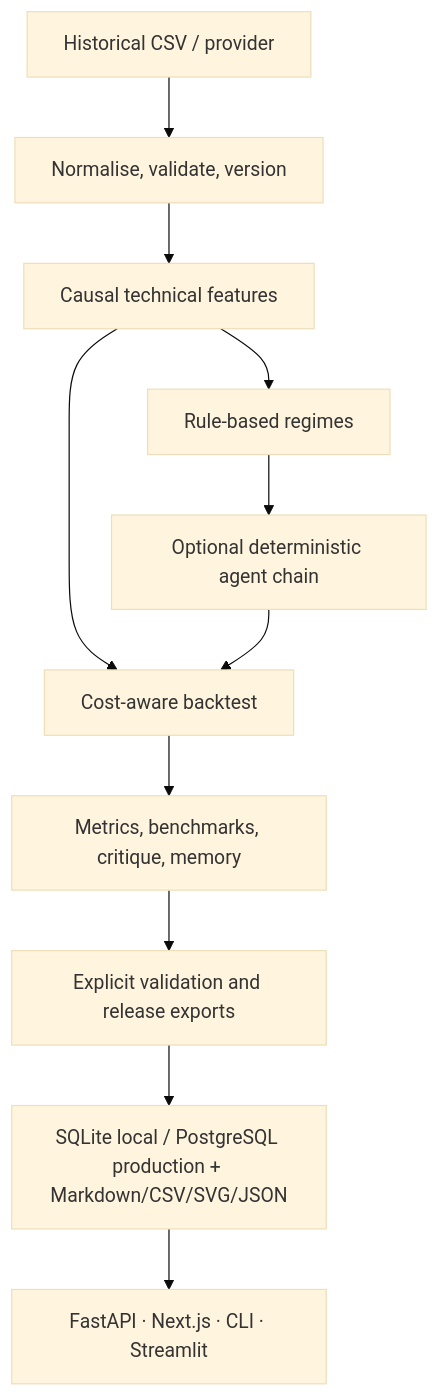
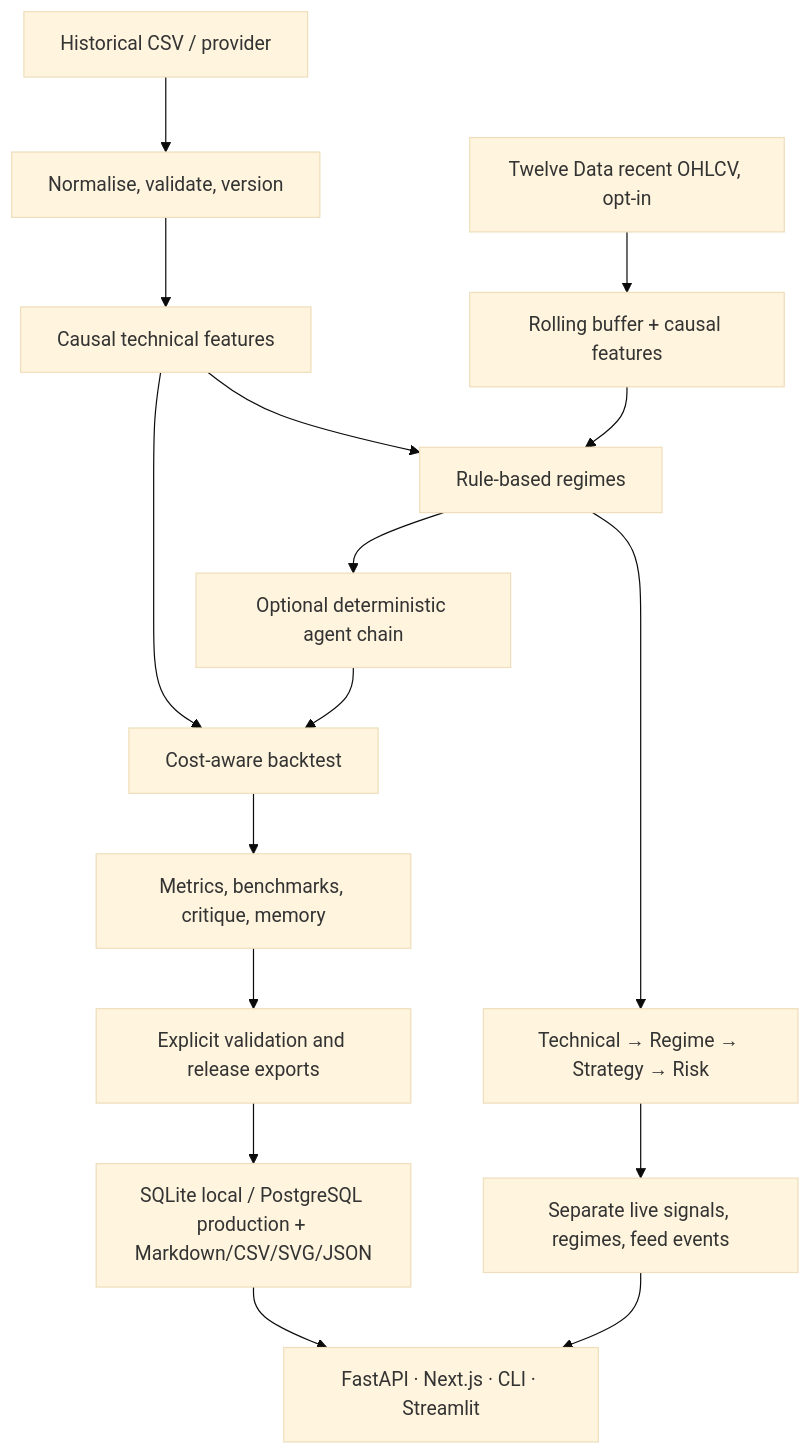
The diagram in README.md (Aryanbbc/FinAgent), drawn with Mermaid (base theme) before and after one commit. The commit also changed other lines of this file and 36 other files, not shown here.

````diff
--- a/README.md
+++ b/README.md
@@ -149,13 +168,18 @@
 ```mermaid
 flowchart TD
   data[Historical CSV / provider] --> quality[Normalise, validate, version]
   quality --> features[Causal technical features]
   features --> regimes[Rule-based regimes]
   regimes --> agents[Optional deterministic agent chain]
   features --> backtest[Cost-aware backtest]
   agents --> backtest
   backtest --> evidence[Metrics, benchmarks, critique, memory]
   evidence --> validation[Explicit validation and release exports]
   validation --> storage[SQLite local / PostgreSQL production + Markdown/CSV/SVG/JSON]
   storage --> surfaces[FastAPI · Next.js · CLI · Streamlit]
+  live[Twelve Data recent OHLCV, opt-in] --> live_features[Rolling buffer + causal features]
+  live_features --> regimes
+  regimes --> live_agents[Technical → Regime → Strategy → Risk]
+  live_agents --> live_evidence[Separate live signals, regimes, feed events]
+  live_evidence --> surfaces
 ```
````
